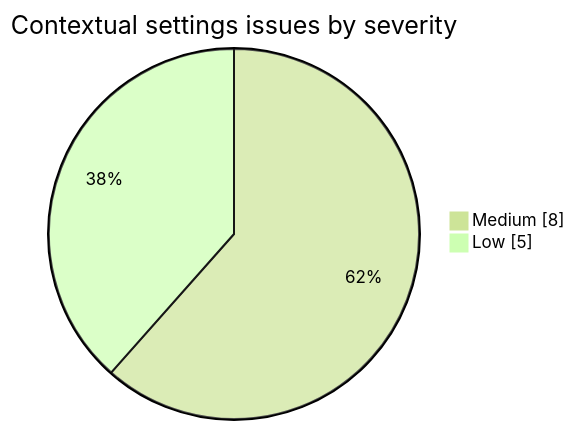
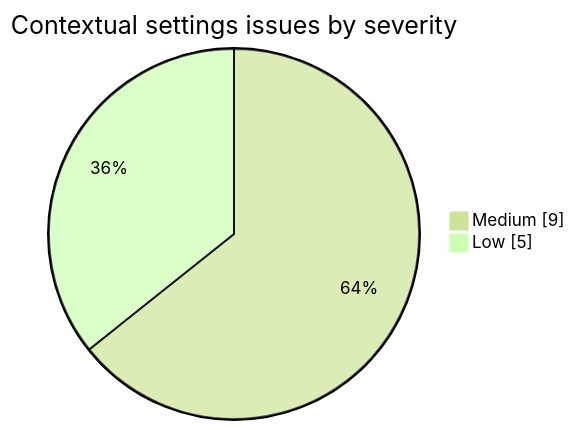
The first of 3 diagrams in docs/ENDPOINT_SETTINGS_CONTEXTUAL_UI_EXECUTION_RCA.md (pranems/SCIMServer), drawn with Mermaid (forest theme) before and after one commit. The commit also changed other lines of this file and 7 other files, not shown here.

````diff
--- a/docs/ENDPOINT_SETTINGS_CONTEXTUAL_UI_EXECUTION_RCA.md
+++ b/docs/ENDPOINT_SETTINGS_CONTEXTUAL_UI_EXECUTION_RCA.md
@@ -17,6 +17,6 @@
 ```mermaid
 pie showData
     title Contextual settings issues by severity
-    "Medium" : 8
+    "Medium" : 9
     "Low" : 5
 ```
````
